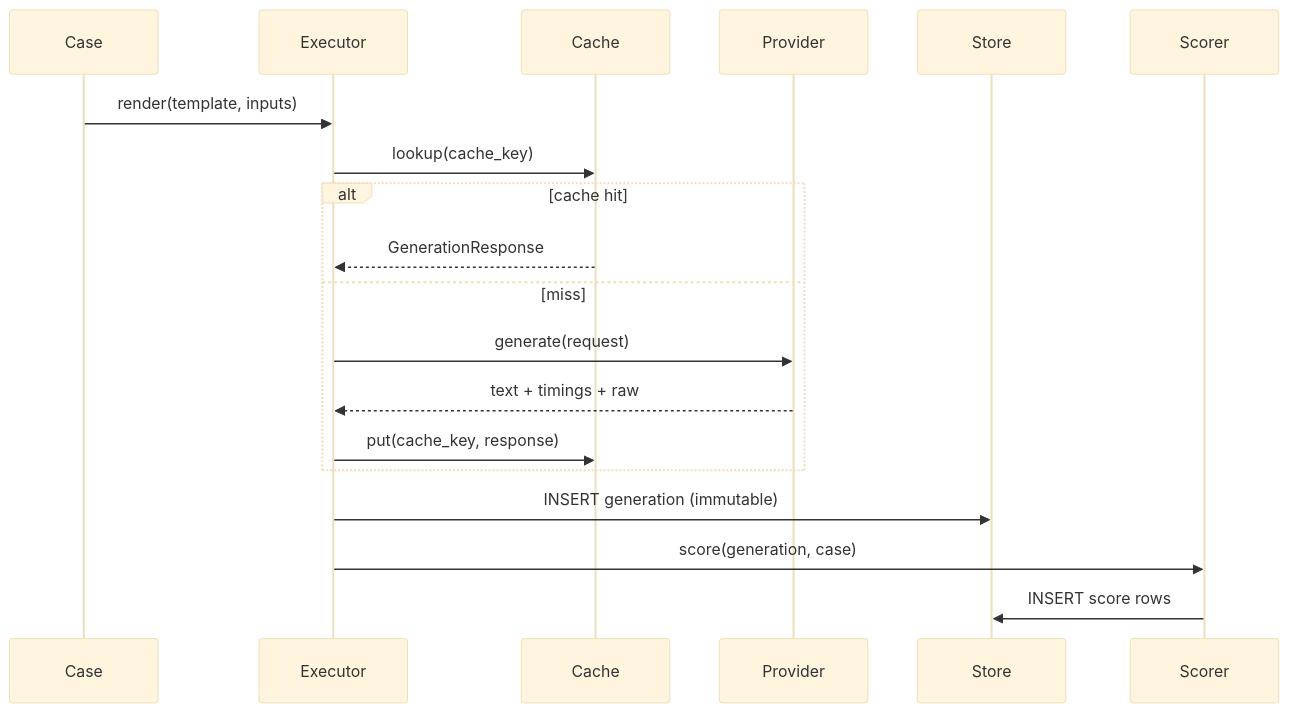
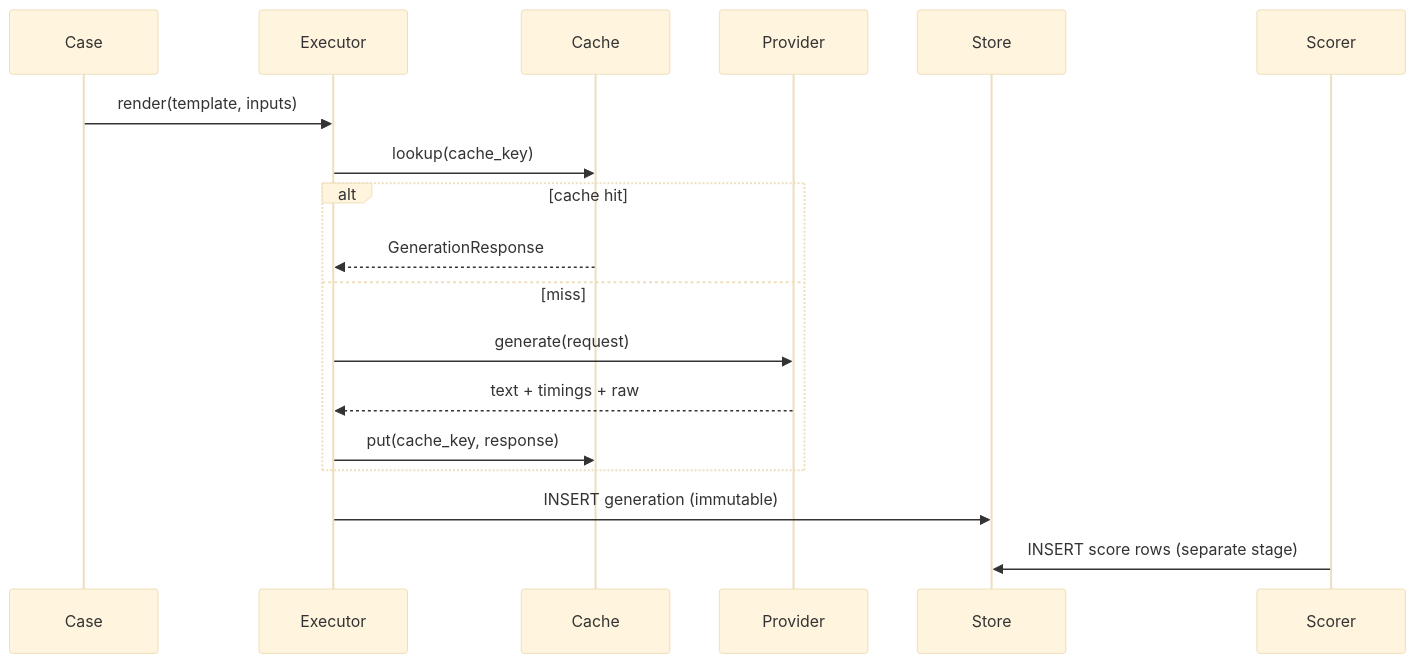
Before and after one commit to DimitarAtanassov/evalanche: the diagram in docs/dataplane.md, drawn with Mermaid (base theme). The commit also changed other lines of this file and 18 other files, not shown here.

````diff
--- a/docs/dataplane.md
+++ b/docs/dataplane.md
@@ -7,22 +7,21 @@
 ```mermaid
 sequenceDiagram
   participant Case
   participant Executor
   participant Cache
   participant Provider
   participant Store
   participant Scorer
 
   Case->>Executor: render(template, inputs)
   Executor->>Cache: lookup(cache_key)
   alt cache hit
     Cache-->>Executor: GenerationResponse
   else miss
     Executor->>Provider: generate(request)
     Provider-->>Executor: text + timings + raw
     Executor->>Cache: put(cache_key, response)
   end
   Executor->>Store: INSERT generation (immutable)
-  Executor->>Scorer: score(generation, case)
-  Scorer->>Store: INSERT score rows
+  Scorer->>Store: INSERT score rows (separate stage)
 ```
````
